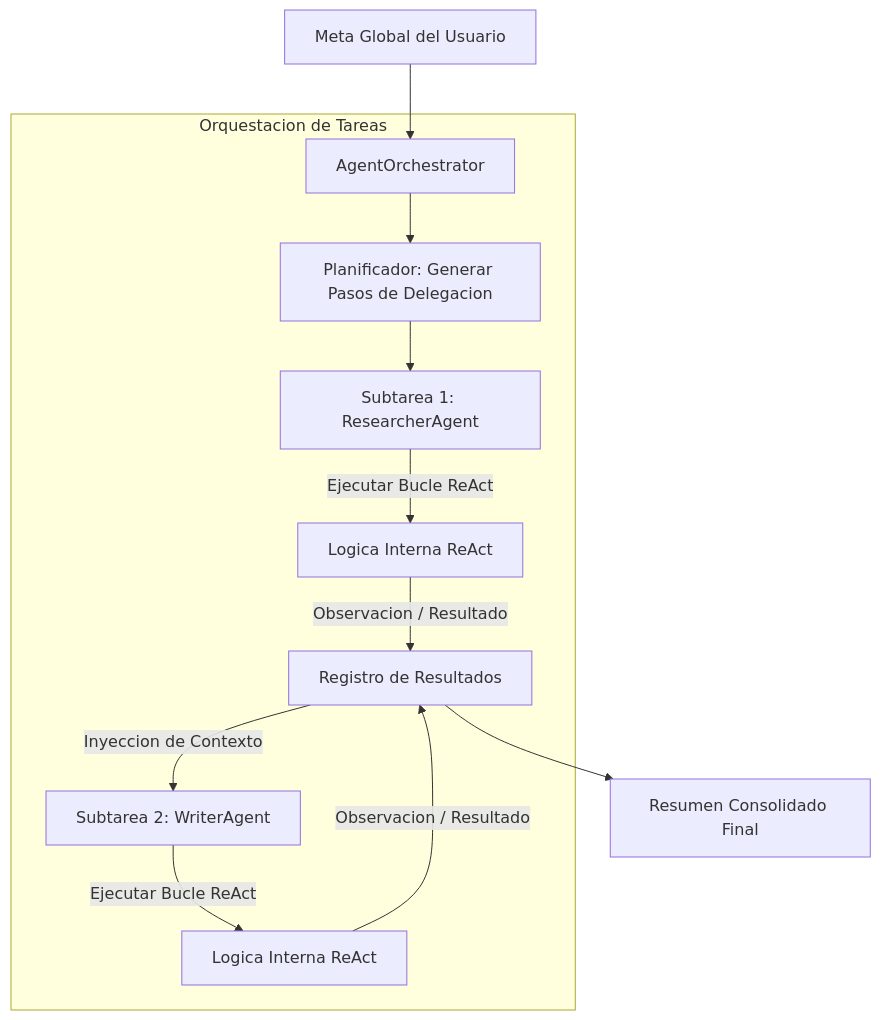
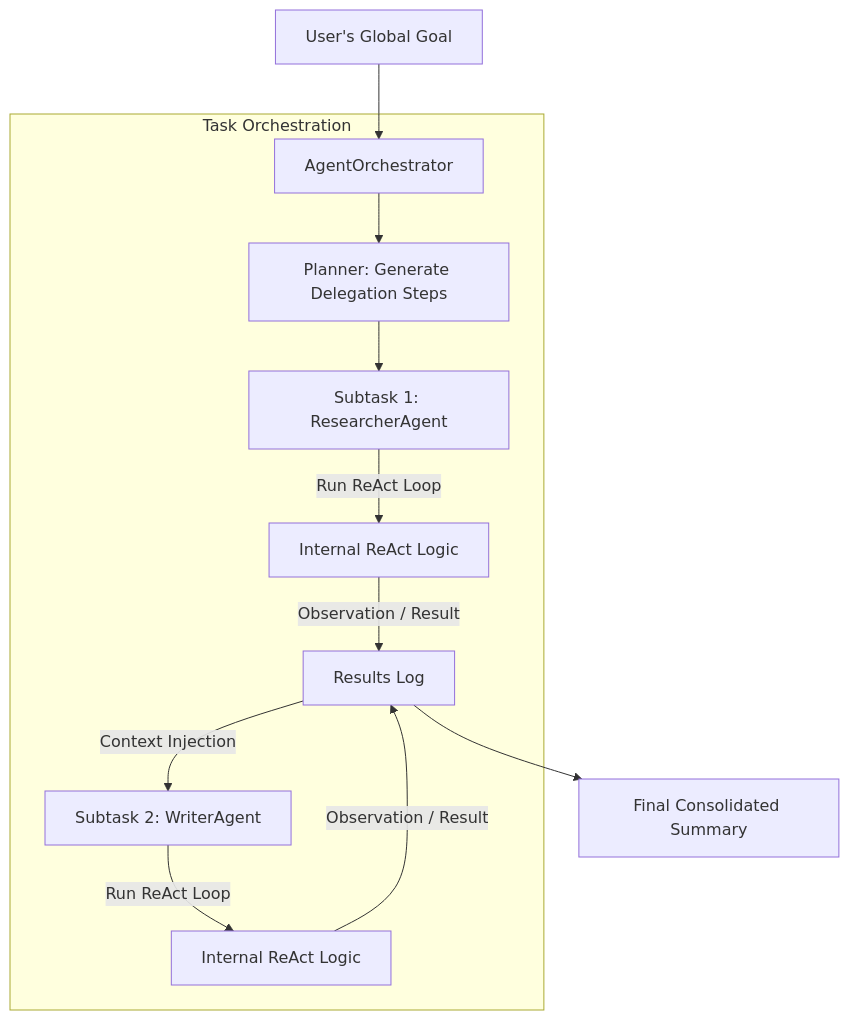
The diagram in README.md (juanmmm21/orchestra-agents), drawn with Mermaid before and after one commit. The commit also changed other lines of this file, not shown here.

````diff
--- a/README.md
+++ b/README.md
@@ -9,16 +9,16 @@
 ```mermaid
 graph TD
-    UserGoal[Meta Global del Usuario] --> Supervisor[AgentOrchestrator]
+    UserGoal[User's Global Goal] --> Supervisor[AgentOrchestrator]
     
-    subgraph Orquestacion de Tareas
-        Supervisor --> Plan[Planificador: Generar Pasos de Delegacion]
-        Plan --> Step1[Subtarea 1: ResearcherAgent]
-        Step1 -->|Ejecutar Bucle ReAct| Step1React[Logica Interna ReAct]
-        Step1React -->|Observacion / Resultado| Reg[Registro de Resultados]
-        Reg -->|Inyeccion de Contexto| Step2[Subtarea 2: WriterAgent]
-        Step2 -->|Ejecutar Bucle ReAct| Step2React[Logica Interna ReAct]
-        Step2React -->|Observacion / Resultado| Reg
+    subgraph Task Orchestration
+        Supervisor --> Plan[Planner: Generate Delegation Steps]
+        Plan --> Step1[Subtask 1: ResearcherAgent]
+        Step1 -->|Run ReAct Loop| Step1React[Internal ReAct Logic]
+        Step1React -->|Observation / Result| Reg[Results Log]
+        Reg -->|Context Injection| Step2[Subtask 2: WriterAgent]
+        Step2 -->|Run ReAct Loop| Step2React[Internal ReAct Logic]
+        Step2React -->|Observation / Result| Reg
     end
     
-    Reg --> FinalOutput[Resumen Consolidado Final]
+    Reg --> FinalOutput[Final Consolidated Summary]
 ```
````
